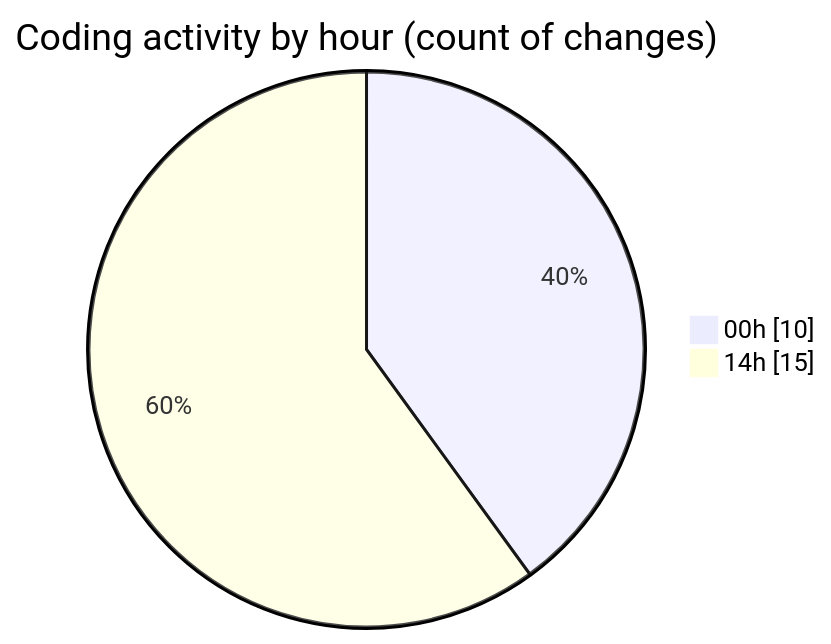
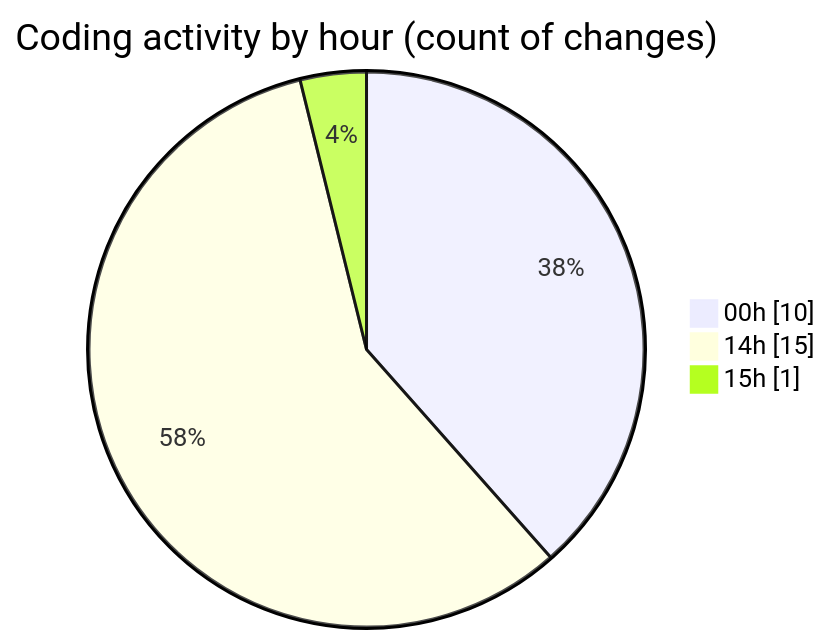
The second of 2 diagrams in 2025-04-07/echo/README.md (Netris89/code-tracking), drawn with Mermaid before and after one commit. The commit also changed other lines of this file and 1 other file, not shown here.

````diff
--- a/2025-04-07/echo/README.md
+++ b/2025-04-07/echo/README.md
@@ -33,6 +35,7 @@
 ```mermaid
 pie showData
 title Coding activity by hour (count of changes)
 "00h" : 10
 "14h" : 15
+"15h" : 1
 ```
````
